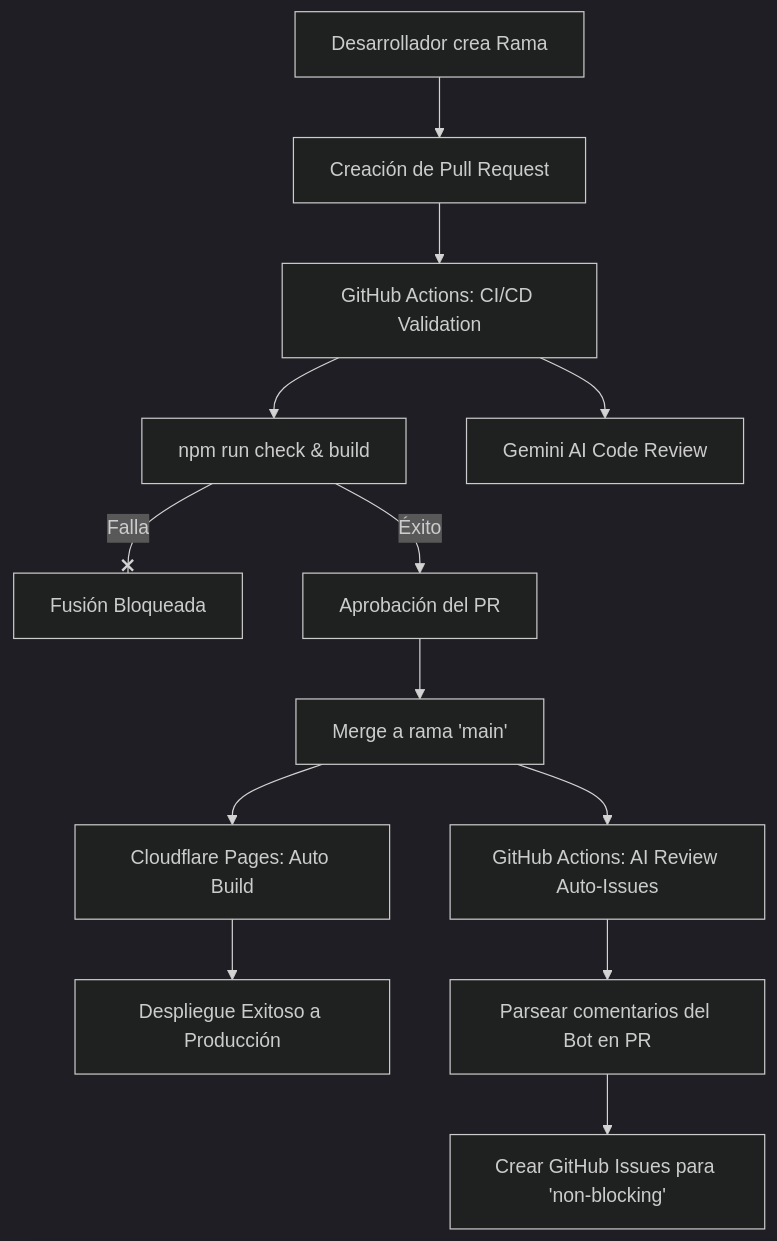
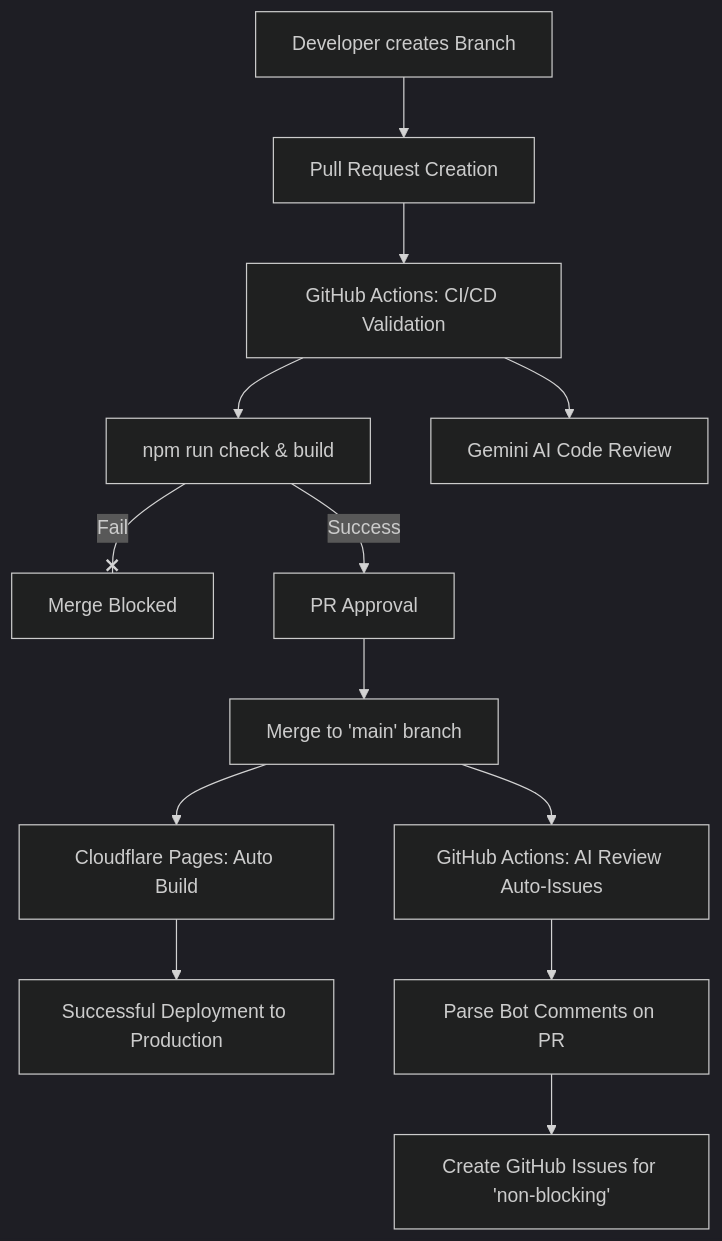
Before and after one commit to jorgelop1994/escal-ai-website: the diagram in docs/ci-cd.md, drawn with Mermaid (dark theme). The commit also changed other lines of this file and 2 other files, not shown here.

````diff
--- a/docs/ci-cd.md
+++ b/docs/ci-cd.md
@@ -11,17 +11,17 @@
 ```mermaid
 graph TD
-    A[Desarrollador crea Rama] --> B[Creación de Pull Request]
+    A[Developer creates Branch] --> B[Pull Request Creation]
     B --> C[GitHub Actions: CI/CD Validation]
     C --> C1[npm run check & build]
     C --> C2[Gemini AI Code Review]
-    C1 -- Falla --x D[Fusión Bloqueada]
-    C1 -- Éxito --> E[Aprobación del PR]
-    E --> F[Merge a rama 'main']
+    C1 -- Fail --x D[Merge Blocked]
+    C1 -- Success --> E[PR Approval]
+    E --> F[Merge to 'main' branch]
     
     F --> G[Cloudflare Pages: Auto Build]
-    G --> H[Despliegue Exitoso a Producción]
+    G --> H[Successful Deployment to Production]
     
     F --> I[GitHub Actions: AI Review Auto-Issues]
-    I --> I1[Parsear comentarios del Bot en PR]
-    I1 --> I2[Crear GitHub Issues para 'non-blocking']
+    I --> I1[Parse Bot Comments on PR]
+    I1 --> I2[Create GitHub Issues for 'non-blocking']
 ```
````
